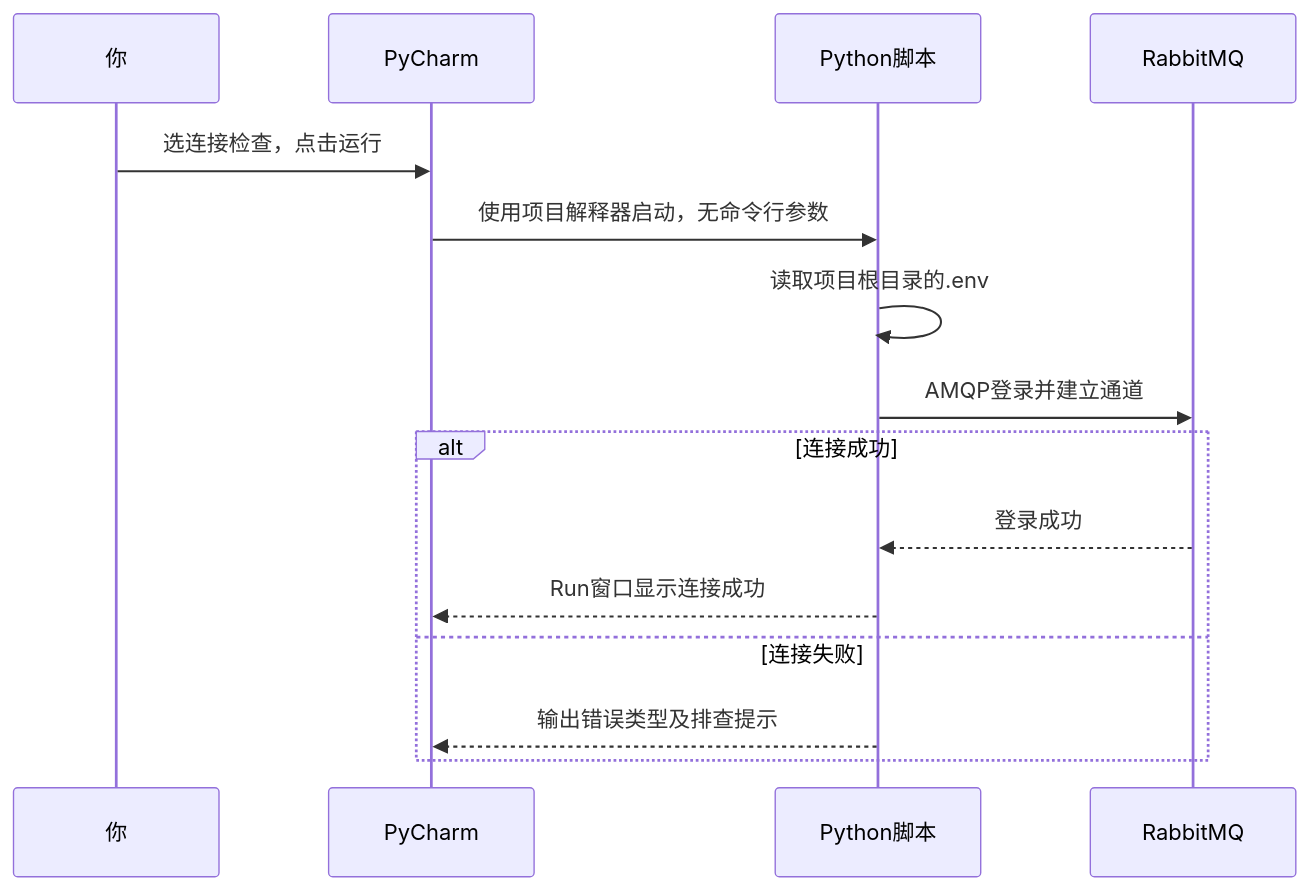
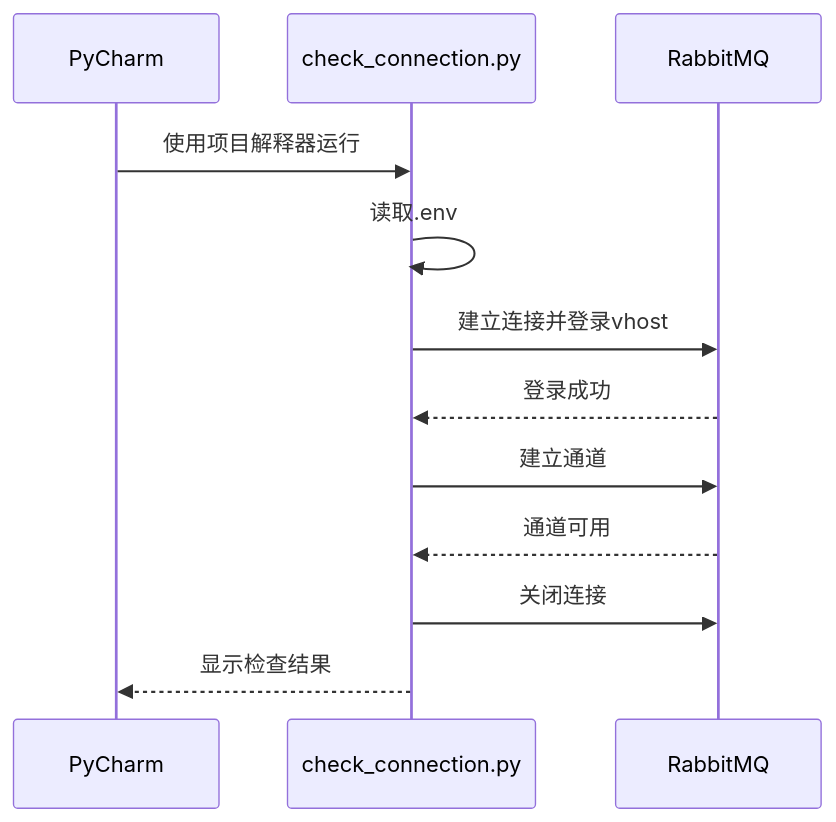
One commit to tianshiyang/ai-lab changed the second of 13 diagrams in rabbitMQ学习/README.md. Above: the diagram before and after it, drawn with Mermaid. The commit also changed other lines of this file and 2 other files, not shown here.

````diff
--- a/rabbitMQ学习/README.md
+++ b/rabbitMQ学习/README.md
@@ -101,17 +137,14 @@
 ```mermaid
 sequenceDiagram
-    participant U as 你
     participant I as PyCharm
-    participant P as Python脚本
+    participant P as check_connection.py
     participant R as RabbitMQ
-    U->>I: 选连接检查，点击运行
-    I->>P: 使用项目解释器启动，无命令行参数
-    P->>P: 读取项目根目录的.env
-    P->>R: AMQP登录并建立通道
-    alt 连接成功
-        R-->>P: 登录成功
-        P-->>I: Run窗口显示连接成功
-    else 连接失败
-        P-->>I: 输出错误类型及排查提示
-    end
+    I->>P: 使用项目解释器运行
+    P->>P: 读取.env
+    P->>R: 建立连接并登录vhost
+    R-->>P: 登录成功
+    P->>R: 建立通道
+    R-->>P: 通道可用
+    P->>R: 关闭连接
+    P-->>I: 显示检查结果
 ```
````
